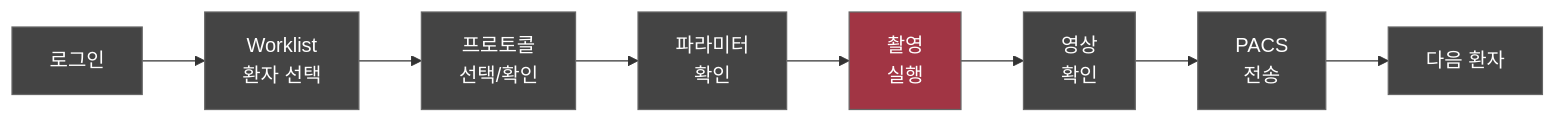
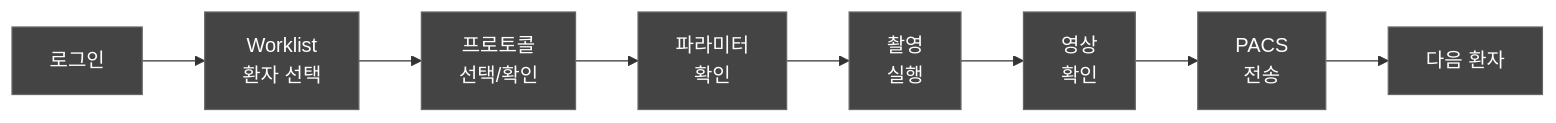
The second of 2 diagrams in docs/regulatory/DOC-040_IFU_v1.0.md (holee9/console-gui), drawn with Mermaid before and after one commit. The commit also changed other lines of this file and 35 other files, not shown here.

First line of the commit message:
fix: 전체 Mermaid 차트 색상 진한 회색 통일

````diff
--- a/docs/regulatory/DOC-040_IFU_v1.0.md
+++ b/docs/regulatory/DOC-040_IFU_v1.0.md
@@ -139,13 +139,13 @@
 ```mermaid
 flowchart LR
     classDef default fill:#444,stroke:#666,color:#fff
     A[로그인] --> B[Worklist<br/>환자 선택]
     B --> C[프로토콜<br/>선택/확인]
     C --> D[파라미터<br/>확인]
     D --> E[촬영<br/>실행]
     E --> F[영상<br/>확인]
     F --> G[PACS<br/>전송]
     G --> H[다음 환자]
     
-    style E fill:#A13544,color:#fff
+    style E fill:#444,color:#fff
 ```
````
